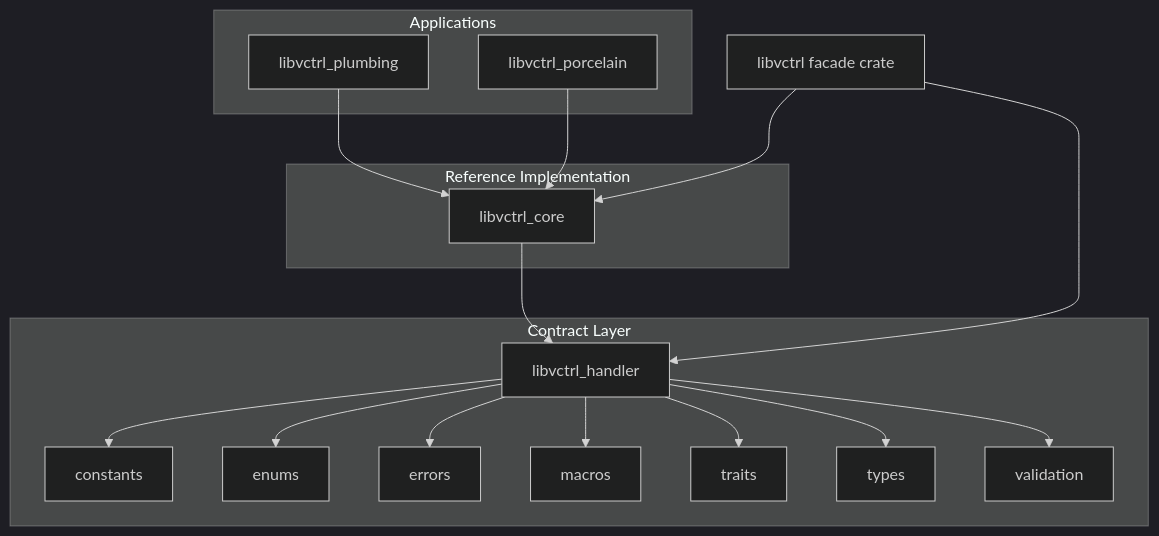
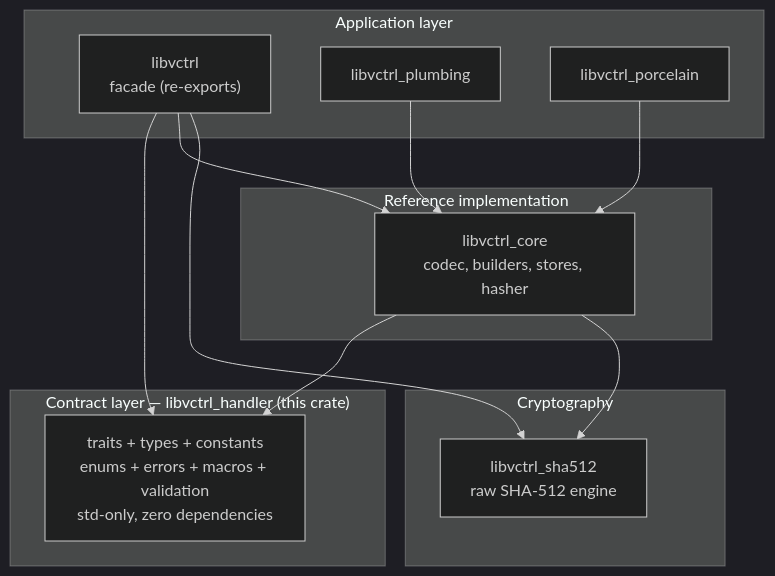
Before and after one commit to mroczect/libvctrl: the first of 4 diagrams in libvctrl_handler/README.md, drawn with Mermaid (dark theme). The commit also changed other lines of this file and 9 other files, not shown here.

````diff
--- a/libvctrl_handler/README.md
+++ b/libvctrl_handler/README.md
@@ -37,29 +50,28 @@
 ```mermaid
-graph TD
-    subgraph Contract Layer
-        H[libvctrl_handler]
-        H --> C[constants]
-        H --> E[enums]
-        H --> ER[errors]
-        H --> M[macros]
-        H --> T[traits]
-        H --> TY[types]
-        H --> V[validation]
+flowchart TD
+    subgraph Apps["Application layer"]
+        FACADE["libvctrl<br/>facade (re-exports)"]
+        PL["libvctrl_plumbing"]
+        PO["libvctrl_porcelain"]
     end
 
-    subgraph Reference Implementation
-        CORE[libvctrl_core]
-        CORE --> H
+    subgraph Ref["Reference implementation"]
+        CORE["libvctrl_core<br/>codec, builders, stores, hasher"]
     end
 
-    subgraph Applications
-        PL[libvctrl_plumbing]
-        PO[libvctrl_porcelain]
-        PL --> CORE
-        PO --> CORE
+    subgraph Contracts["Contract layer — libvctrl_handler (this crate)"]
+        HANDLER["traits + types + constants<br/>enums + errors + macros + validation<br/>std-only, zero dependencies"]
     end
 
-    FACADE[libvctrl facade crate]
-    FACADE --> H
+    subgraph Crypto["Cryptography"]
+        SHA["libvctrl_sha512<br/>raw SHA-512 engine"]
+    end
+
+    FACADE --> HANDLER
     FACADE --> CORE
+    FACADE --> SHA
+    PL --> CORE
+    PO --> CORE
+    CORE --> HANDLER
+    CORE --> SHA
 ```
````
